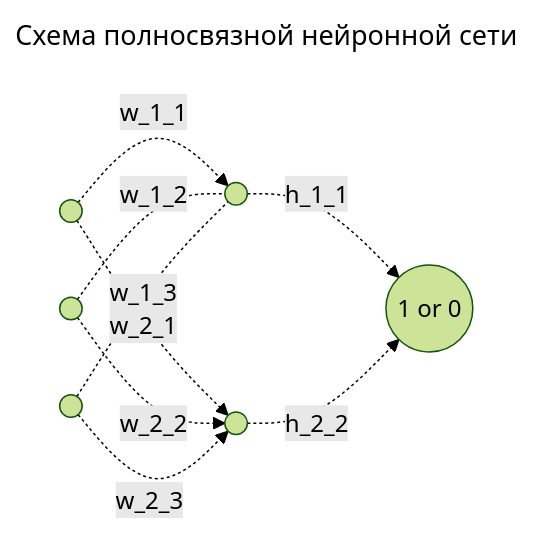
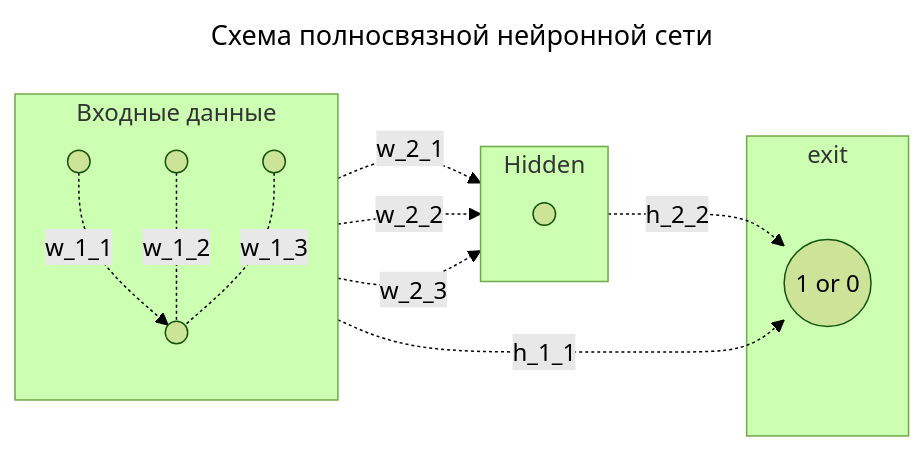
The diagram in readme.md (denisbolshakoff/Automation_of_prereview_of_scientific_manuscripts), drawn with Mermaid (forest theme) before and after one commit.

Commit message:
исправлен readme.md файл

````diff
--- a/readme.md
+++ b/readme.md
@@ -29,21 +29,31 @@
 ```mermaid
 ---
 title: Схема полносвязной нейронной сети
 ---
 
 graph LR
 
 classDef nofill fill:none, stroke:none;
 
-A1((" ")) -.w_1_1.-> B1((" "))
-A2((" ")) -.w_1_2.- B1
-A3((" ")) -.w_1_3.- B1
 
-A1-.w_2_1.->B2((" "))
-A2-.w_2_2.->B2
-A3-.w_2_3.->B2
+    subgraph Clients[Входные данные]
+        direction TB
+	 A1((" ")) -.w_1_1.-> B1((" "))
+	 A2((" ")) -.w_1_2.- B1
+	 A3((" ")) -.w_1_3.- B1
+ 	end
 
-B1-.h_1_1.->C1(("1 or 0"))
-B2-.h_2_2.->C1
 
+	subgraph Hidden
+	direction TB
+	 A1-.w_2_1.->B2((" "))
+	 A2-.w_2_2.->B2
+	 A3-.w_2_3.->B2
+	end
+
+
+	subgraph exit
+	 B1-.h_1_1.->C1(("1 or 0"))
+	 B2-.h_2_2.->C1
+	end
 ```
````
